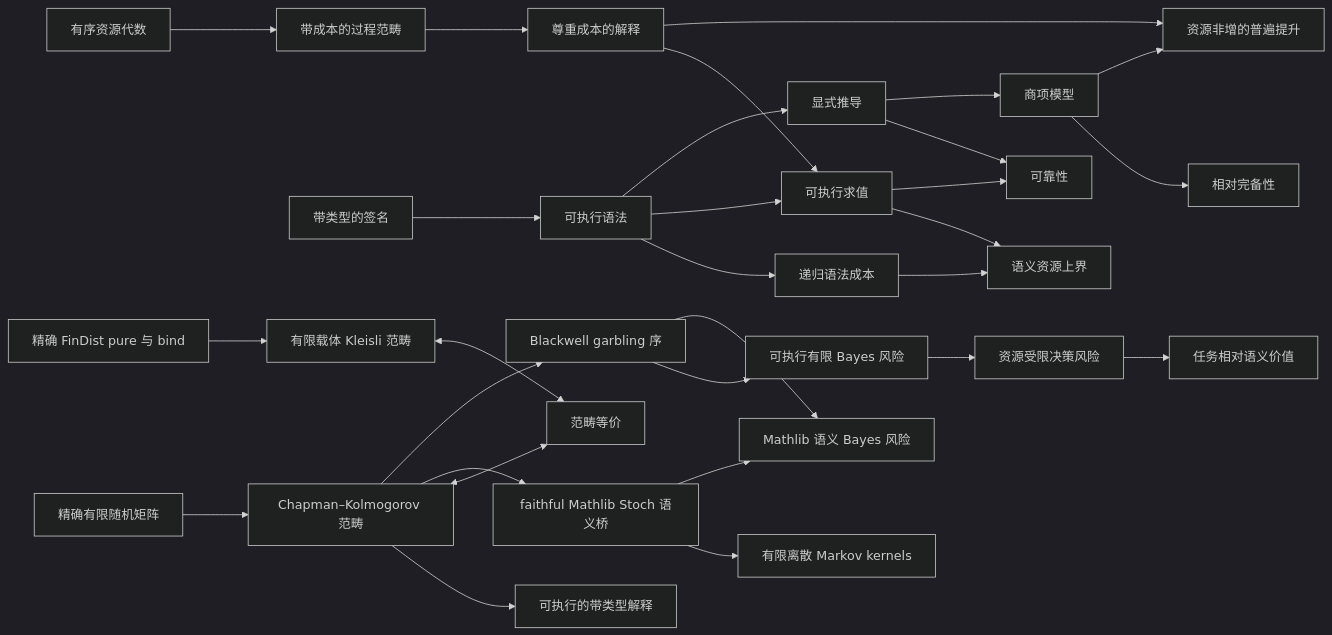
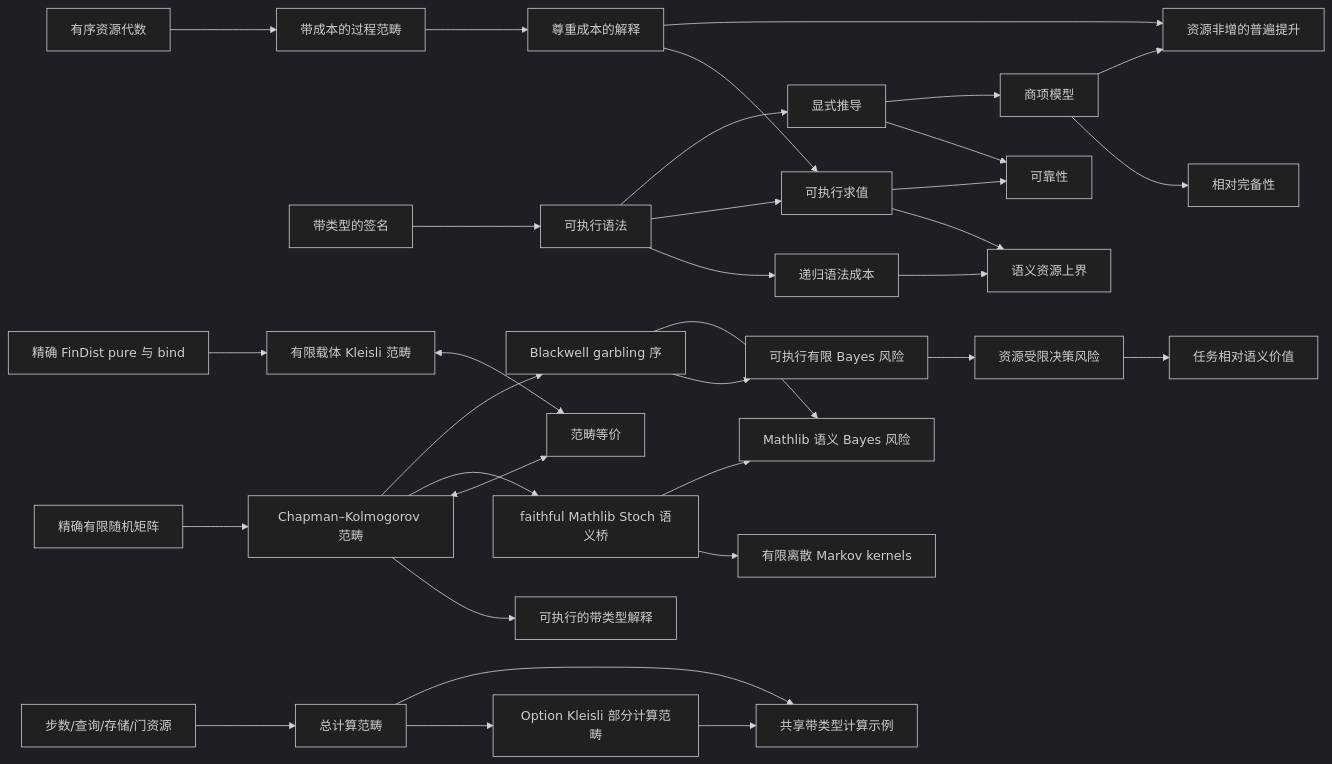
Before and after one commit to miuchan/ript: the diagram in docs/README.zh-CN.md, drawn with Mermaid (dark theme). The commit also changed other lines of this file and 13 other files, not shown here.

````diff
--- a/docs/README.zh-CN.md
+++ b/docs/README.zh-CN.md
@@ -302,31 +326,35 @@
 ```mermaid
 flowchart LR
   R["有序资源代数"] --> C["带成本的过程范畴"]
   S["带类型的签名"] --> X["可执行语法"]
   X --> K["递归语法成本"]
   C --> I["尊重成本的解释"]
   X --> E["可执行求值"]
   I --> E
   K --> B["语义资源上界"]
   E --> B
   X --> D["显式推导"]
   D --> SO["可靠性"]
   E --> SO
   D --> T["商项模型"]
   T --> CO["相对完备性"]
   I --> U["资源非增的普遍提升"]
   T --> U
   F["精确有限随机矩阵"] --> CK["Chapman–Kolmogorov 范畴"]
   CK --> EX["可执行的带类型解释"]
   FD["精确 FinDist pure 与 bind"] --> KL["有限载体 Kleisli 范畴"]
   CK <--> EQ["范畴等价"]
   KL <--> EQ
   CK --> ST["faithful Mathlib Stoch 语义桥"]
   ST --> MT["有限离散 Markov kernels"]
   CK --> BW["Blackwell garbling 序"]
   ST --> SB["Mathlib 语义 Bayes 风险"]
   BW --> FR["可执行有限 Bayes 风险"]
   FR --> RR["资源受限决策风险"]
   RR --> SV["任务相对语义价值"]
   BW --> SB
+  CR["步数/查询/存储/门资源"] --> TC["总计算范畴"]
+  TC --> PC["Option Kleisli 部分计算范畴"]
+  TC --> CE["共享带类型计算示例"]
+  PC --> CE
 ```
````
